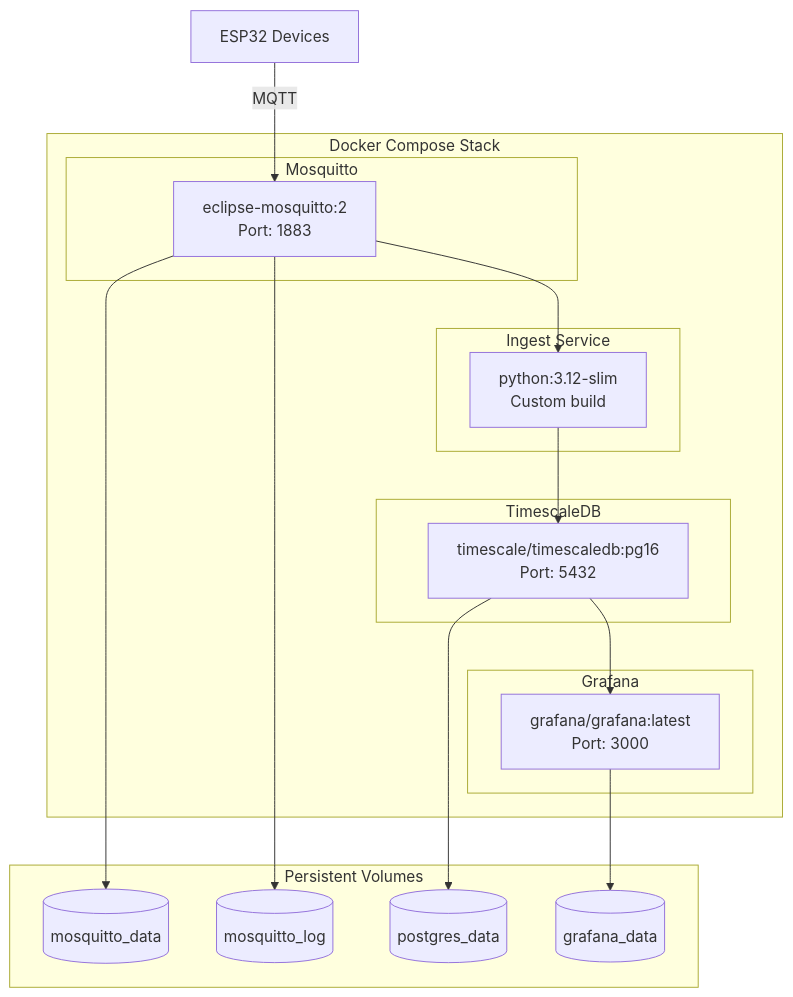
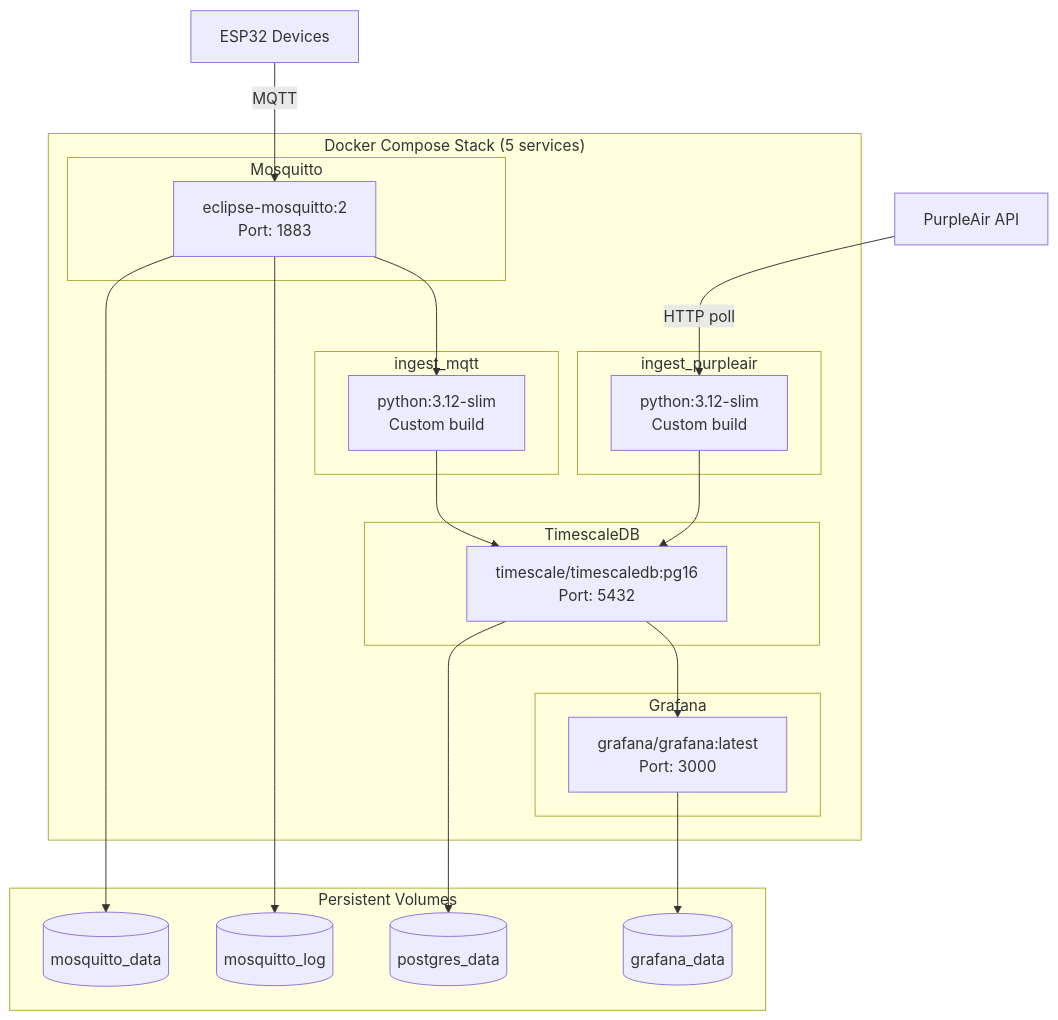
The tenth of 21 diagrams in docs/architecture.md (kuvychko/env_monitoring), drawn with Mermaid before and after one commit. The commit also changed other lines of this file and 13 other files, not shown here.

Commit message:
PurpleAir added

````diff
--- a/docs/architecture.md
+++ b/docs/architecture.md
@@ -309,37 +322,43 @@
 ```mermaid
 flowchart TB
-    subgraph Docker["Docker Compose Stack"]
+    subgraph Docker["Docker Compose Stack (5 services)"]
         subgraph mosq["Mosquitto"]
             MQTT_SVC["eclipse-mosquitto:2<br/>Port: 1883"]
         end
 
         subgraph pg["TimescaleDB"]
             DB_SVC["timescale/timescaledb:pg16<br/>Port: 5432"]
         end
 
-        subgraph ingest["Ingest Service"]
+        subgraph ingest["ingest_mqtt"]
             PY_SVC["python:3.12-slim<br/>Custom build"]
+        end
+
+        subgraph paingest["ingest_purpleair"]
+            PA_SVC["python:3.12-slim<br/>Custom build"]
         end
 
         subgraph graf["Grafana"]
             GRAF_SVC["grafana/grafana:latest<br/>Port: 3000"]
         end
     end
 
     subgraph Volumes["Persistent Volumes"]
         V_MOSQ[(mosquitto_data)]
         V_LOG[(mosquitto_log)]
         V_PG[(postgres_data)]
         V_GRAF[(grafana_data)]
     end
 
     ESP32["ESP32 Devices"] -->|MQTT| MQTT_SVC
     MQTT_SVC --> PY_SVC
     PY_SVC --> DB_SVC
+    PA_API["PurpleAir API"] -->|HTTP poll| PA_SVC
+    PA_SVC --> DB_SVC
     DB_SVC --> GRAF_SVC
 
     MQTT_SVC --> V_MOSQ
     MQTT_SVC --> V_LOG
     DB_SVC --> V_PG
     GRAF_SVC --> V_GRAF
 ```
````
